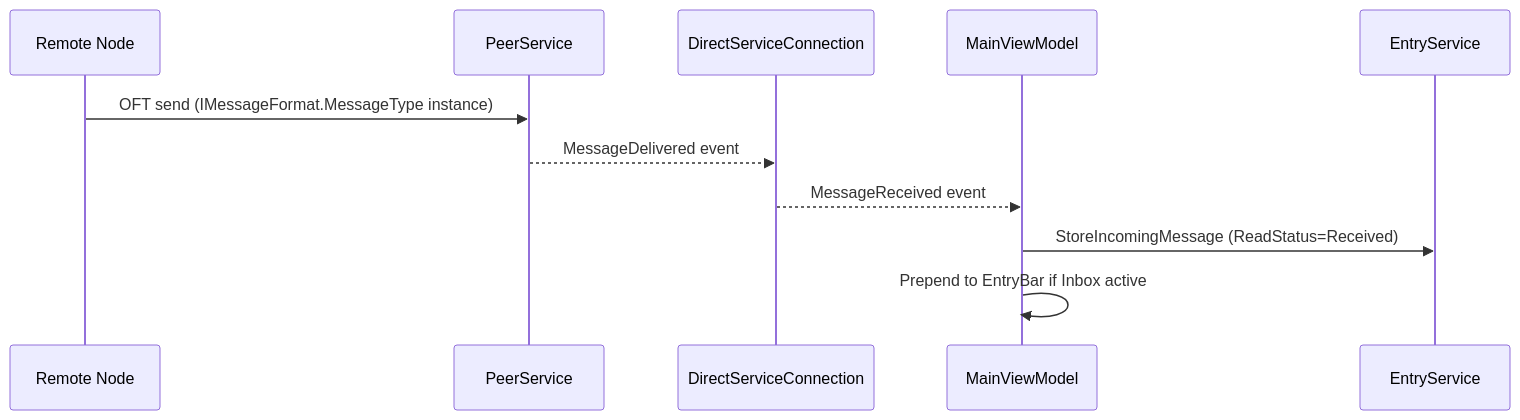
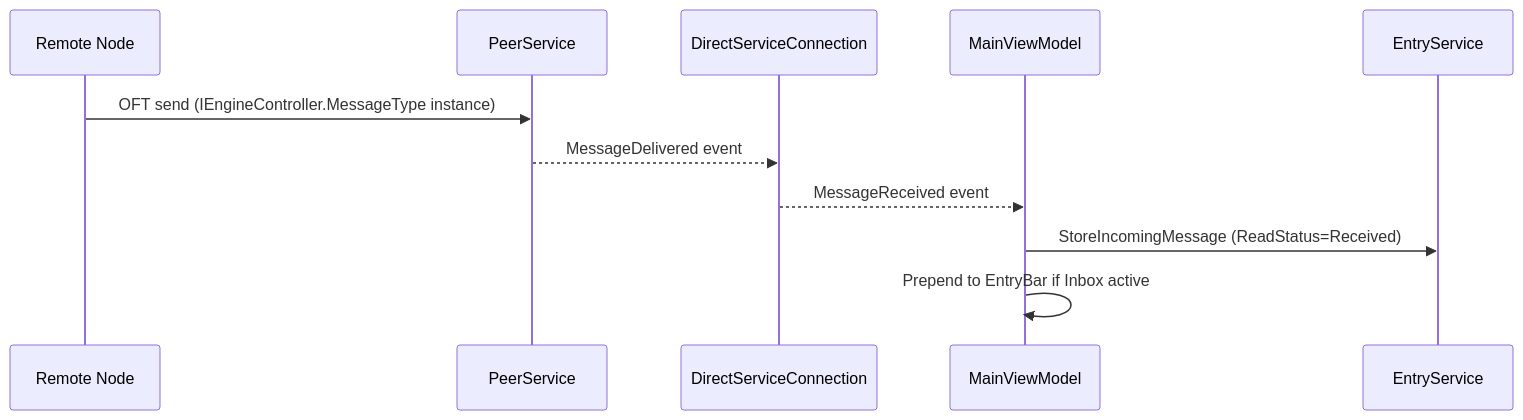
One commit to Blue-Heighliner/Comlink changed the third of 5 diagrams in Docs/Architecture.md. Above: the diagram before and after it, drawn with Mermaid. The commit also changed other lines of this file and 144 other files, not shown here.

````diff
--- a/Docs/Architecture.md
+++ b/Docs/Architecture.md
@@ -77,13 +79,13 @@
 ```mermaid
 sequenceDiagram
     participant RN as Remote Node
     participant PS as PeerService
     participant DSC as DirectServiceConnection
     participant MVM as MainViewModel
     participant ES as EntryService
-    RN->>PS: OFT send (IMessageFormat.MessageType instance)
+    RN->>PS: OFT send (IEngineController.MessageType instance)
     PS-->>DSC: MessageDelivered event
     DSC-->>MVM: MessageReceived event
     MVM->>ES: StoreIncomingMessage (ReadStatus=Received)
     MVM->>MVM: Prepend to EntryBar if Inbox active
 ```
````
